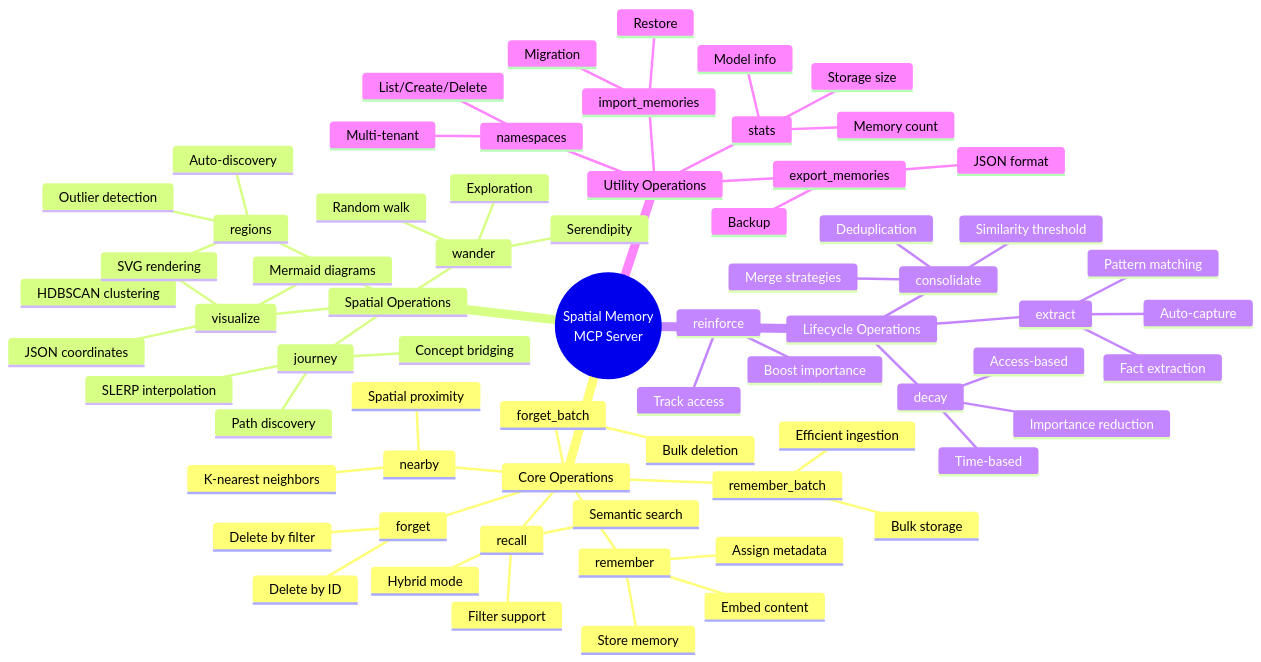
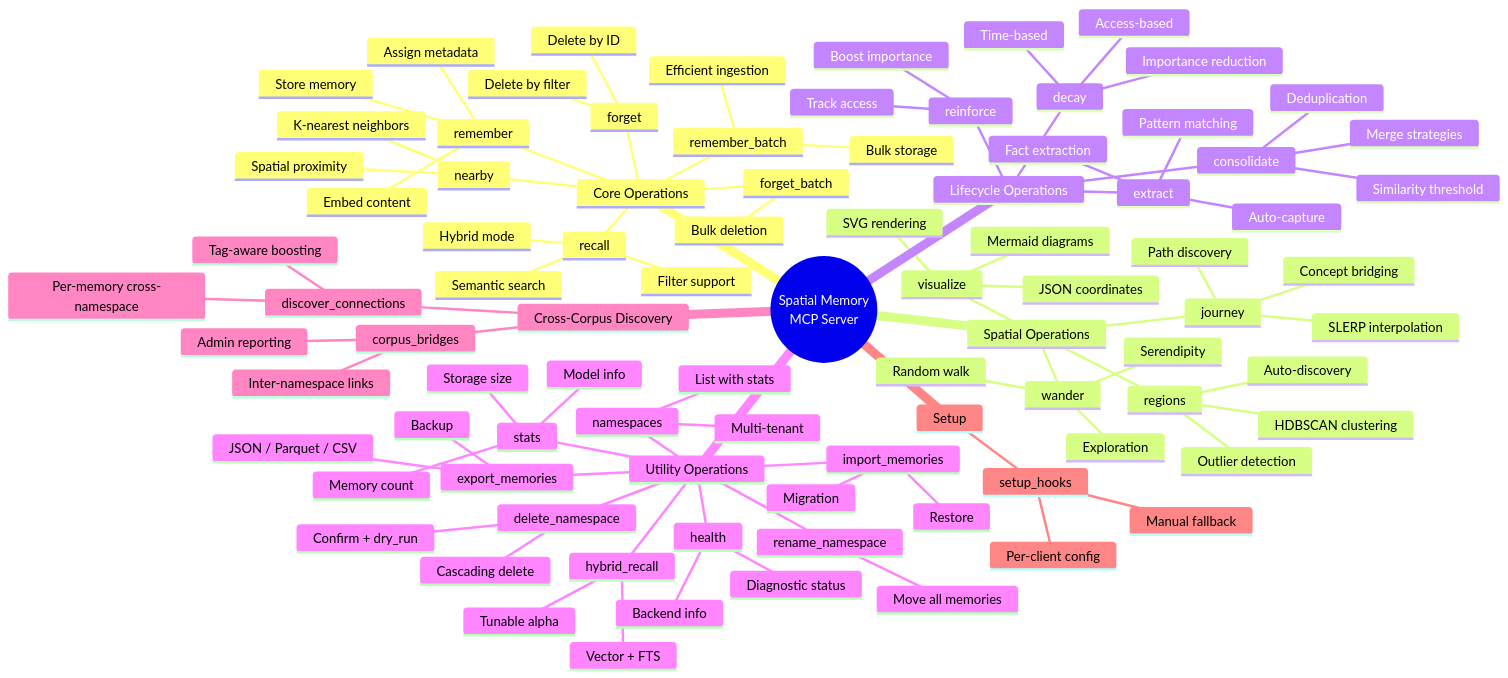
The second of 14 diagrams in SPATIAL-MEMORY-ARCHITECTURE-DIAGRAMS.md (arman-tech/spatial-memory-mcp), drawn with Mermaid before and after one commit. The commit also changed other lines of this file and 19 other files, not shown here.

````diff
--- a/SPATIAL-MEMORY-ARCHITECTURE-DIAGRAMS.md
+++ b/SPATIAL-MEMORY-ARCHITECTURE-DIAGRAMS.md
@@ -129,12 +145,34 @@
                 Storage size
                 Model info
             namespaces
-                List/Create/Delete
+                List with stats
                 Multi-tenant
+            delete_namespace
+                Cascading delete
+                Confirm + dry_run
+            rename_namespace
+                Move all memories
             export_memories
-                JSON format
+                JSON / Parquet / CSV
                 Backup
             import_memories
                 Restore
                 Migration
+            hybrid_recall
+                Vector + FTS
+                Tunable alpha
+            health
+                Diagnostic status
+                Backend info
+        Cross-Corpus Discovery
+            discover_connections
+                Per-memory cross-namespace
+                Tag-aware boosting
+            corpus_bridges
+                Inter-namespace links
+                Admin reporting
+        Setup
+            setup_hooks
+                Per-client config
+                Manual fallback
 ```
````
